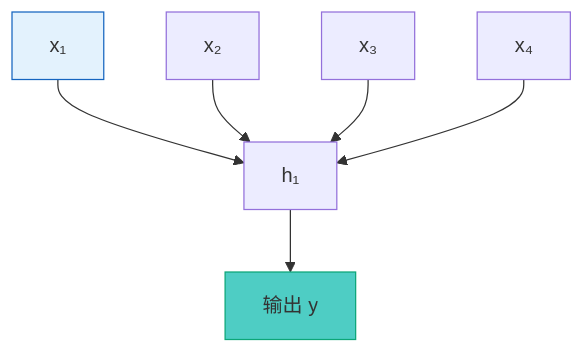
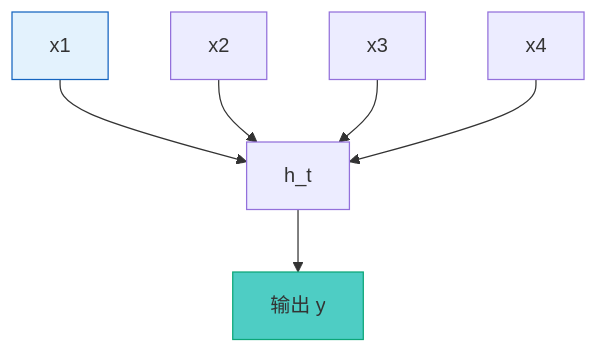
Before and after one commit to dujijundavid/Battery_fault_detection_NC_github: the seventh of 9 diagrams in docs/dyad_tutorial/00_前置知识.md, drawn with Mermaid. The commit also changed other lines of this file and 3 other files, not shown here.

First line of the commit message:
fix: repair broken mermaid charts in dyad_tutorial

````diff
--- a/docs/dyad_tutorial/00_前置知识.md
+++ b/docs/dyad_tutorial/00_前置知识.md
@@ -435,12 +435,12 @@
 ```mermaid
 graph TD
-    X1[x₁] --> H[h₁]
-    X2[x₂] --> H
-    X3[x₃] --> H
-    X4[x₄] --> H
+    X1[x1] --> H[h_t]
+    X2[x2] --> H
+    X3[x3] --> H
+    X4[x4] --> H
 
     H --> Y[输出 y]
 
     style X1 fill:#e3f2fd,stroke:#1565c0
     style Y fill:#4ecdc4,stroke:#0ca678
 ```
````
